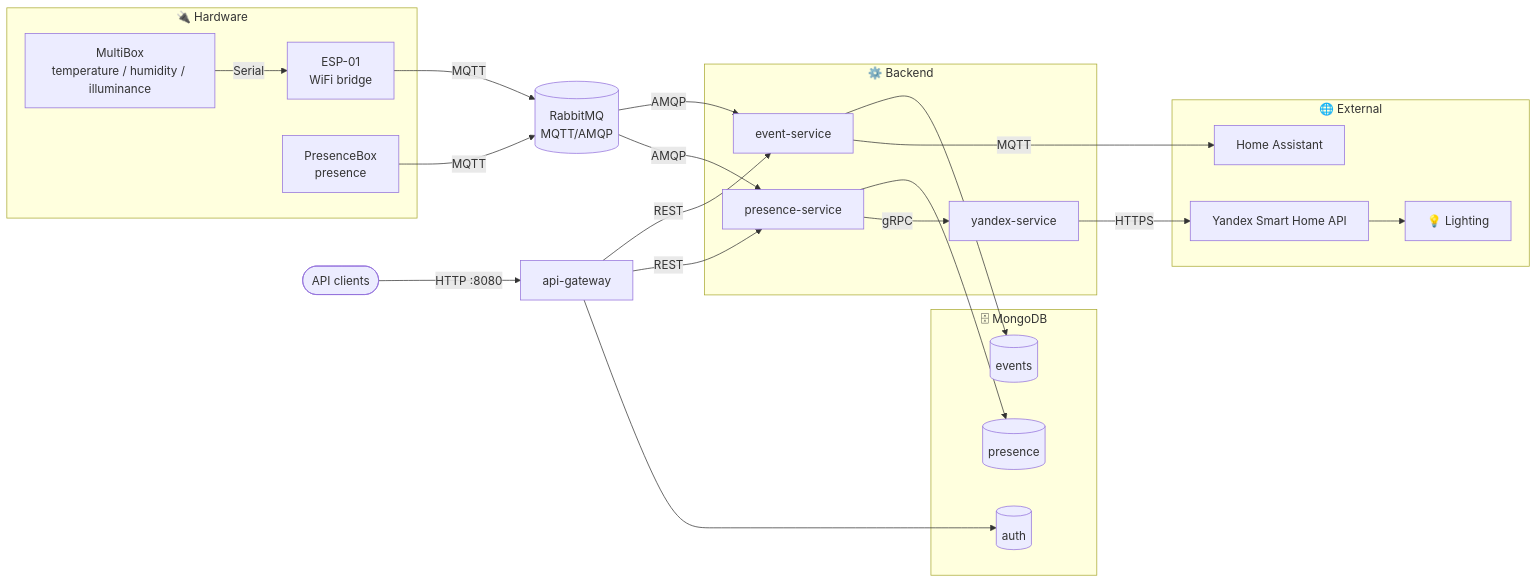
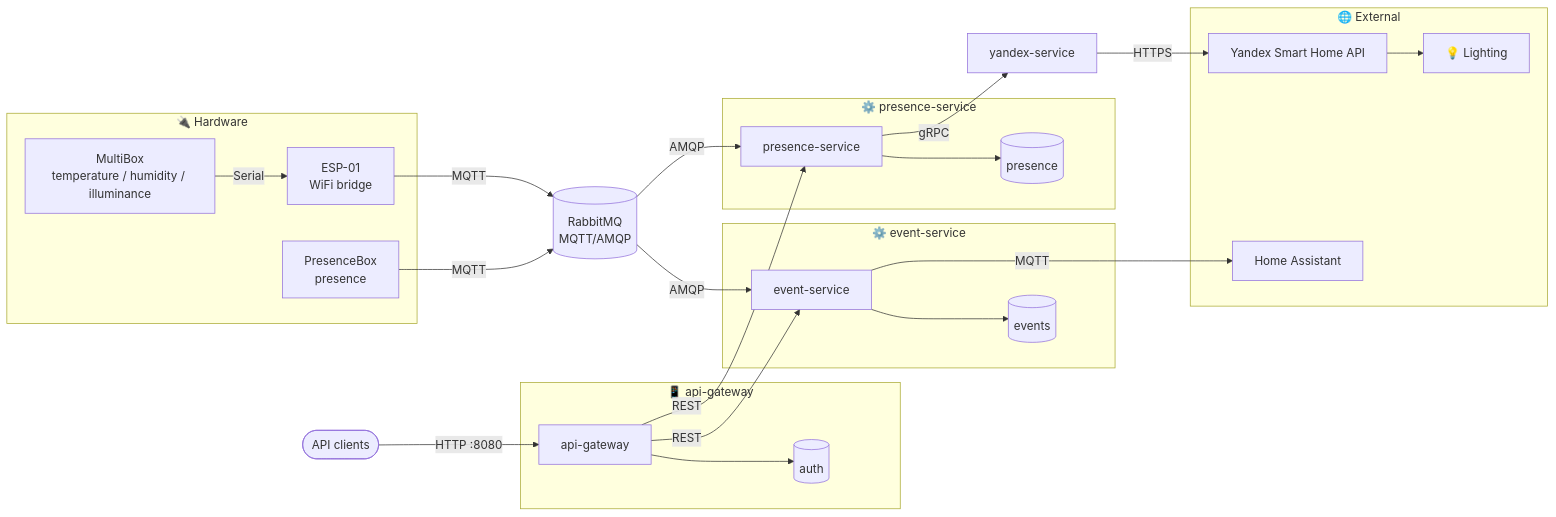
The diagram in README.en.md (JohnnyNovac/home-sweet-home), drawn with Mermaid before and after one commit. The commit also changed 24 other files, not shown here.

````diff
--- a/README.en.md
+++ b/README.en.md
@@ -11,45 +11,51 @@
 ```mermaid
 flowchart LR
+    CLIENT([API clients])
+
+    subgraph Gateway["📱 api-gateway"]
+        GW[api-gateway]
+        DBA[(auth)]
+        GW --> DBA
+    end
+
     subgraph Hardware["🔌 Hardware"]
         MB[MultiBox<br/>temperature / humidity / illuminance]
         ESP[ESP-01<br/>WiFi bridge]
         PB[PresenceBox<br/>presence]
         MB -->|Serial| ESP
     end
 
     BROKER[(RabbitMQ<br/>MQTT/AMQP)]
 
-    subgraph Backend["⚙️ Backend"]
+    subgraph EventSvc["⚙️ event-service"]
         ES[event-service]
-        PS[presence-service]
-        YS[yandex-service]
+        DBE[(events)]
+        ES --> DBE
     end
 
-    subgraph Mongo["🗄 MongoDB"]
-        DBE[(events)]
+    subgraph PresenceSvc["⚙️ presence-service"]
+        PS[presence-service]
         DBP[(presence)]
-        DBA[(auth)]
+        PS --> DBP
     end
 
     subgraph External["🌐 External"]
         HA[Home Assistant]
         YAPI[Yandex Smart Home API]
         LIGHTNING[💡 Lighting]
     end
 
+    YS[yandex-service]
+
+    CLIENT -->|HTTP :8080| GW
     ESP -->|MQTT| BROKER
     PB -->|MQTT| BROKER
     BROKER -->|AMQP| ES
     BROKER -->|AMQP| PS
-    ES --> DBE
-    PS --> DBP
+    GW -->|REST| ES
+    GW -->|REST| PS
     ES -->|MQTT| HA
     PS -->|gRPC| YS
     YS -->|HTTPS| YAPI
     YAPI --> LIGHTNING
-
-    CLIENT([API clients]) -->|HTTP :8080| GW[api-gateway]
-    GW -->|REST| ES
-    GW -->|REST| PS
-    GW --> DBA
 ```
````
